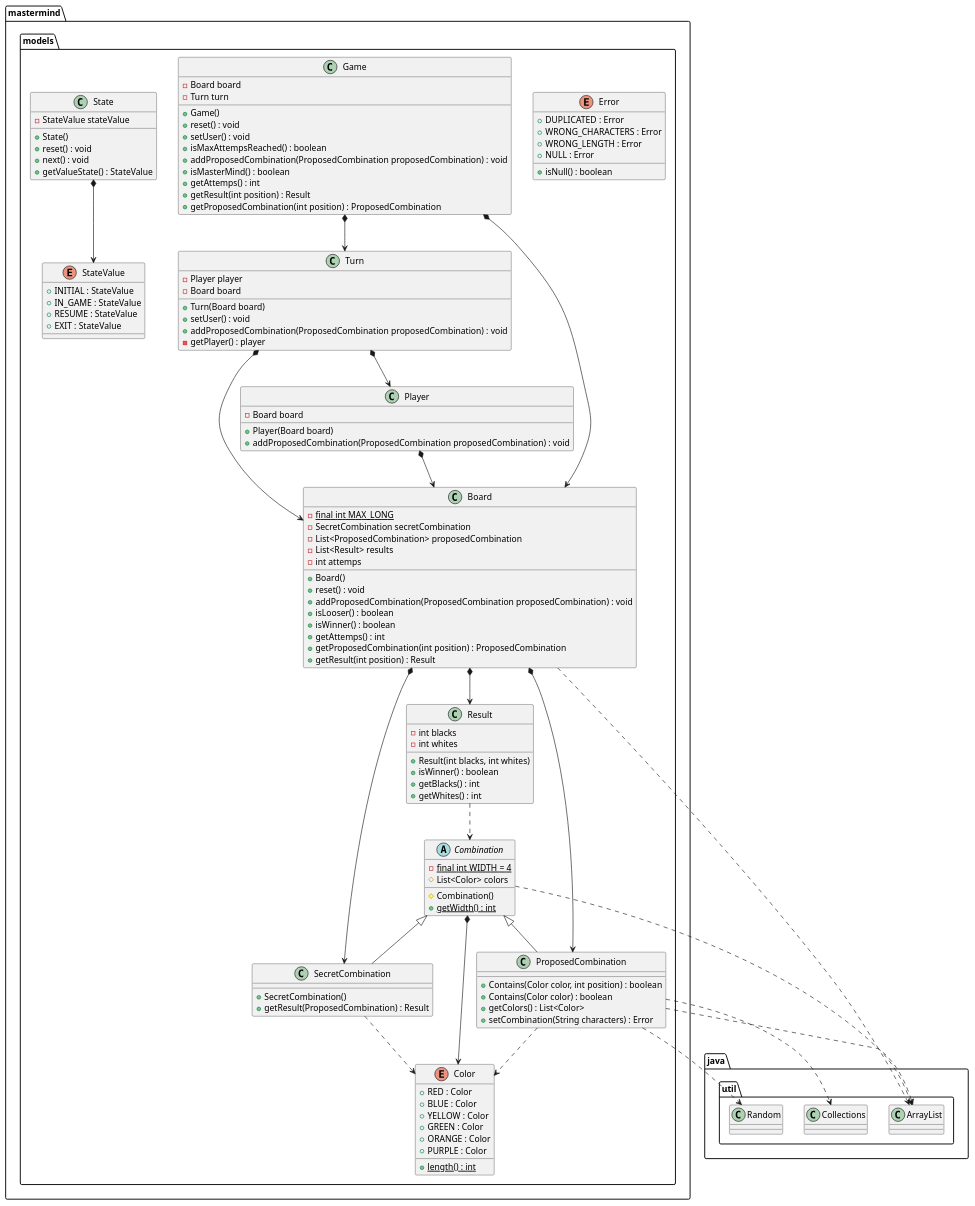
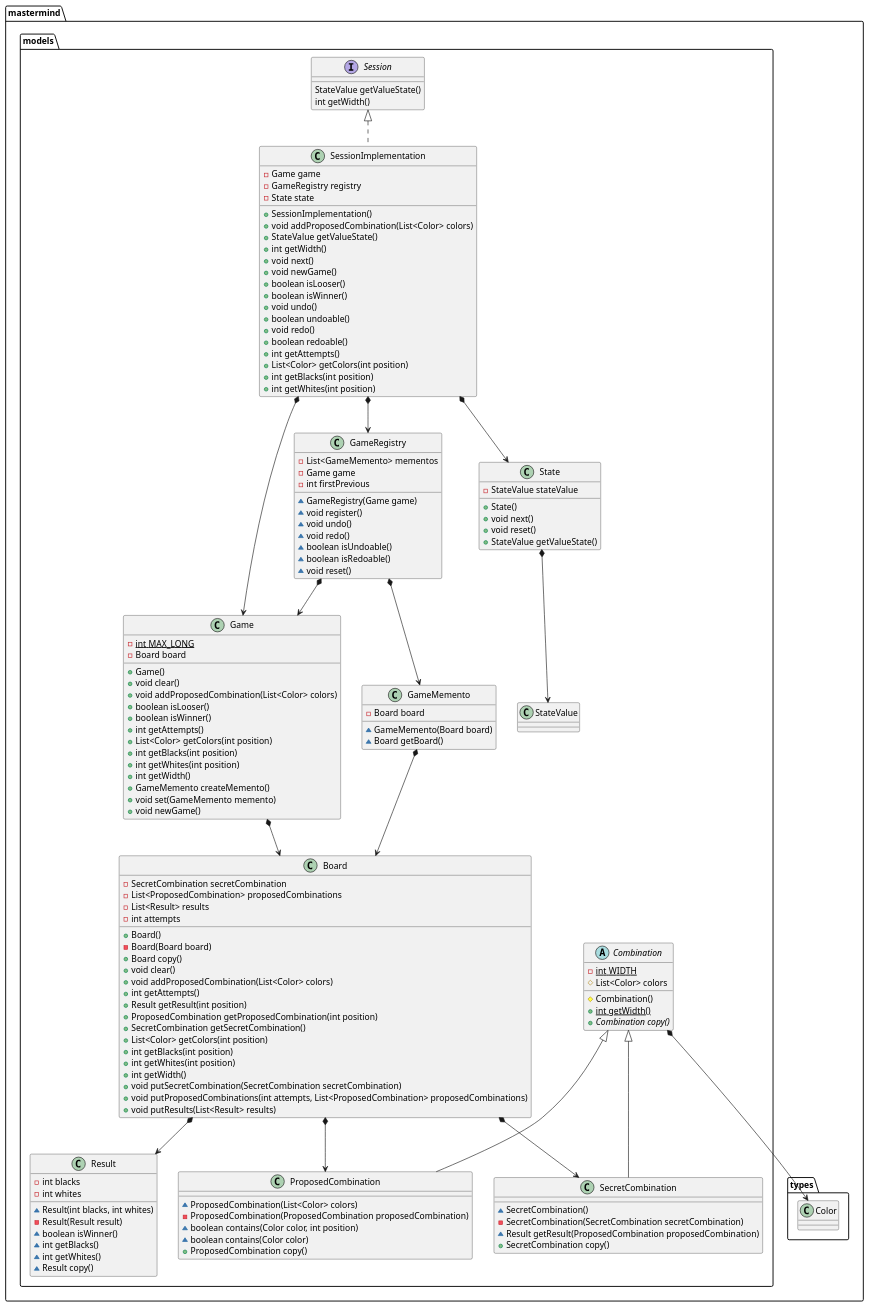
One commit to jprieto92/mastermindClientServer changed the diagram in docs/sources/paqueteMastermindModels.iuml. Above: the diagram before and after it, drawn with PlantUML. The commit also changed 13 other files, not shown here.

Commit message:
Add some standalone UML diagrams

```diff
--- a/docs/sources/paqueteMastermindModels.iuml
+++ b/docs/sources/paqueteMastermindModels.iuml
@@ -1,140 +1,147 @@
 @startuml
-class  mastermind.models.Board{
-- {static} final int MAX_LONG
-- SecretCombination secretCombination
-- List<ProposedCombination> proposedCombination
-- List<Result> results
-- int attemps
 
-+ Board()
-+ reset() : void
-+ addProposedCombination(ProposedCombination proposedCombination) : void
-+ isLooser() : boolean
-+ isWinner() : boolean
-+ getAttemps() : int
-+ getProposedCombination(int position) : ProposedCombination
-+ getResult(int position) : Result
+class mastermind.models.Board [[java:jprieto.mastermind.models.Board]] {
+	-SecretCombination secretCombination
+	-List<ProposedCombination> proposedCombinations
+	-List<Result> results
+	-int attempts
+	+Board()
+	-Board(Board board)
+	+Board copy()
+	+void clear()
+	+void addProposedCombination(List<Color> colors)
+	+int getAttempts()
+	+Result getResult(int position)
+	+ProposedCombination getProposedCombination(int position)
+	+SecretCombination getSecretCombination()
+	+List<Color> getColors(int position)
+	+int getBlacks(int position)
+	+int getWhites(int position)
+	+int getWidth()
+	+void putSecretCombination(SecretCombination secretCombination)
+	+void putProposedCombinations(int attempts, List<ProposedCombination> proposedCombinations)
+	+void putResults(List<Result> results)
 }
+mastermind.models.Board *-down-> mastermind.models.SecretCombination
 mastermind.models.Board *-down-> mastermind.models.ProposedCombination
-mastermind.models.Board *-down-> mastermind.models.SecretCombination
 mastermind.models.Board *-down-> mastermind.models.Result
-mastermind.models.Board ..> java.util.ArrayList
-'mastermind.controllers.ControllerVisitor ..> mastermind.controllers.StartController
-'mastermind.controllers.Logic *-down-> mastermind.models.Game
-'mastermind.controllers.UseCaseController <|-down- mastermind.controllers.StartController
 
-enum mastermind.models.Color{
-+ RED : Color
-+ BLUE : Color
-+ YELLOW : Color
-+ GREEN : Color
-+ ORANGE : Color
-+ PURPLE : Color
+abstract class mastermind.models.Combination [[java:jprieto.mastermind.models.Combination]] {
+	-{static}int WIDTH
+	#List<Color> colors
+	#Combination()
+	+{static}int getWidth()
+	+{abstract}Combination copy()
+}
+mastermind.models.Combination *-down-> mastermind.types.Color
 
-+ {static} length() : int
+class mastermind.models.Game [[java:jprieto.mastermind.models.Game]] {
+	-{static}int MAX_LONG
+	-Board board
+	+Game()
+	+void clear()
+	+void addProposedCombination(List<Color> colors)
+	+boolean isLooser()
+	+boolean isWinner()
+	+int getAttempts()
+	+List<Color> getColors(int position)
+	+int getBlacks(int position)
+	+int getWhites(int position)
+	+int getWidth()
+	+GameMemento createMemento()
+	+void set(GameMemento memento)
+	+void newGame()
+}
+mastermind.models.Game *-down-> mastermind.models.Board
+
+class mastermind.models.GameMemento [[java:jprieto.mastermind.models.GameMemento]] {
+	-Board board
+	~GameMemento(Board board)
+	~Board getBoard()
+}
+mastermind.models.GameMemento *-down-> mastermind.models.Board
+
+class mastermind.models.GameRegistry [[java:jprieto.mastermind.models.GameRegistry]] {
+	-List<GameMemento> mementos
+	-Game game
+	-int firstPrevious
+	~GameRegistry(Game game)
+	~void register()
+	~void undo()
+	~void redo()
+	~boolean isUndoable()
+	~boolean isRedoable()
+	~void reset()
+}
+mastermind.models.GameRegistry *-down-> mastermind.models.GameMemento
+mastermind.models.GameRegistry *-down-> mastermind.models.Game
+
+class mastermind.models.ProposedCombination [[java:jprieto.mastermind.models.ProposedCombination]] {
+	~ProposedCombination(List<Color> colors)
+	-ProposedCombination(ProposedCombination proposedCombination)
+	~boolean contains(Color color, int position)
+	~boolean contains(Color color)
+	+ProposedCombination copy()
+}
+mastermind.models.Combination <|-- mastermind.models.ProposedCombination
+
+class mastermind.models.Result [[java:jprieto.mastermind.models.Result]] {
+	-int blacks
+	-int whites
+	~Result(int blacks, int whites)
+	-Result(Result result)
+	~boolean isWinner()
+	~int getBlacks()
+	~int getWhites()
+	~Result copy()
 }
 
-abstract class mastermind.models.Combination{
-- {static} final int WIDTH = 4
-# List<Color> colors
+class mastermind.models.SecretCombination [[java:jprieto.mastermind.models.SecretCombination]] {
+	~SecretCombination()
+	-SecretCombination(SecretCombination secretCombination)
+	~Result getResult(ProposedCombination proposedCombination)
+	+SecretCombination copy()
+}
+mastermind.models.Combination <|-- mastermind.models.SecretCombination
 
-# Combination()
-+ {static} getWidth() : int
-}
-mastermind.models.Combination *-down-> mastermind.models.Color
-mastermind.models.Combination ..> java.util.ArrayList
-
-enum mastermind.models.Error{
-+ DUPLICATED : Error
-+ WRONG_CHARACTERS : Error
-+ WRONG_LENGTH : Error
-+ NULL : Error
-
-+ isNull() : boolean
+interface mastermind.models.Session [[java:jprieto.mastermind.models.Session]] {
+	StateValue getValueState()
+	int getWidth()
 }
 
-class  mastermind.models.Game{
-- Board board
-- Turn turn
+class mastermind.models.SessionImplementation [[java:jprieto.mastermind.models.SessionImplementation]] {
+	-Game game
+	-GameRegistry registry
+	-State state
+	+SessionImplementation()
+	+void addProposedCombination(List<Color> colors)
+	+StateValue getValueState()
+	+int getWidth()
+	+void next()
+	+void newGame()
+	+boolean isLooser()
+	+boolean isWinner()
+	+void undo()
+	+boolean undoable()
+	+void redo()
+	+boolean redoable()
+	+int getAttempts()
+	+List<Color> getColors(int position)
+	+int getBlacks(int position)
+	+int getWhites(int position)
+}
+mastermind.models.SessionImplementation *-down-> mastermind.models.Game
+mastermind.models.SessionImplementation *-down-> mastermind.models.GameRegistry
+mastermind.models.SessionImplementation *-down-> mastermind.models.State
+mastermind.models.Session <|.. mastermind.models.SessionImplementation
 
-+ Game()
-+ reset() : void
-+ setUser() : void
-+ isMaxAttempsReached() : boolean
-+ addProposedCombination(ProposedCombination proposedCombination) : void
-+ isMasterMind() : boolean
-+ getAttemps() : int
-+ getResult(int position) : Result
-+ getProposedCombination(int position) : ProposedCombination
-}
-mastermind.models.Game *-down-> mastermind.models.Board
-mastermind.models.Game *-down-> mastermind.models.Turn
-
-class  mastermind.models.Player{
-- Board board
-
-+ Player(Board board)
-+ addProposedCombination(ProposedCombination proposedCombination) : void
-}
-mastermind.models.Player *-down-> mastermind.models.Board
-
-class  mastermind.models.ProposedCombination{
-+ Contains(Color color, int position) : boolean
-+ Contains(Color color) : boolean
-+ getColors() : List<Color>
-+ setCombination(String characters) : Error
-}
-mastermind.models.ProposedCombination ..> mastermind.models.Color
-mastermind.models.ProposedCombination ..> java.util.ArrayList
-mastermind.models.Combination <|-down- mastermind.models.ProposedCombination
-
-class  mastermind.models.Result{
-- int blacks
-- int whites
-
-+ Result(int blacks, int whites)
-+ isWinner() : boolean
-+ getBlacks() : int
-+ getWhites() : int
-}
-mastermind.models.Result ..> mastermind.models.Combination
-
-class  mastermind.models.SecretCombination{
-+ SecretCombination()
-+ getResult(ProposedCombination) : Result
-}
-mastermind.models.SecretCombination ..> mastermind.models.Color
-mastermind.models.ProposedCombination ..> java.util.Collections
-mastermind.models.ProposedCombination ..> java.util.Random
-mastermind.models.Combination <|-down- mastermind.models.SecretCombination
-
-class  mastermind.models.State{
-- StateValue stateValue
-
-+ State()
-+ reset() : void
-+ next() : void
-+ getValueState() : StateValue
+class mastermind.models.State [[java:jprieto.mastermind.models.State]] {
+	-StateValue stateValue
+	+State()
+	+void next()
+	+void reset()
+	+StateValue getValueState()
 }
 mastermind.models.State *-down-> mastermind.models.StateValue
 
-enum mastermind.models.StateValue{
-+ INITIAL : StateValue
-+ IN_GAME : StateValue
-+ RESUME : StateValue
-+ EXIT : StateValue
-}
-
-class  mastermind.models.Turn{
-- Player player
-- Board board
-
-+ Turn(Board board)
-+ setUser() : void
-+ addProposedCombination(ProposedCombination proposedCombination) : void
-- getPlayer() : player
-}
-mastermind.models.Turn *-down-> mastermind.models.Player
-mastermind.models.Turn *-down-> mastermind.models.Board
-
 @enduml
```
